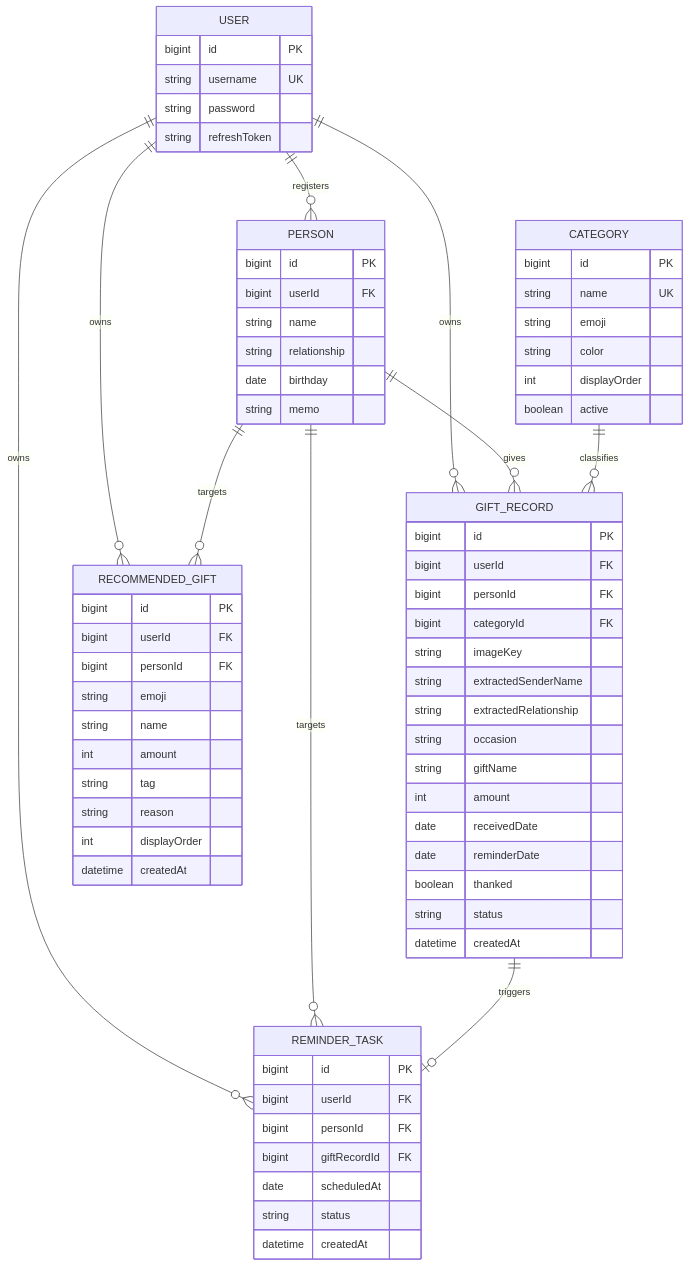
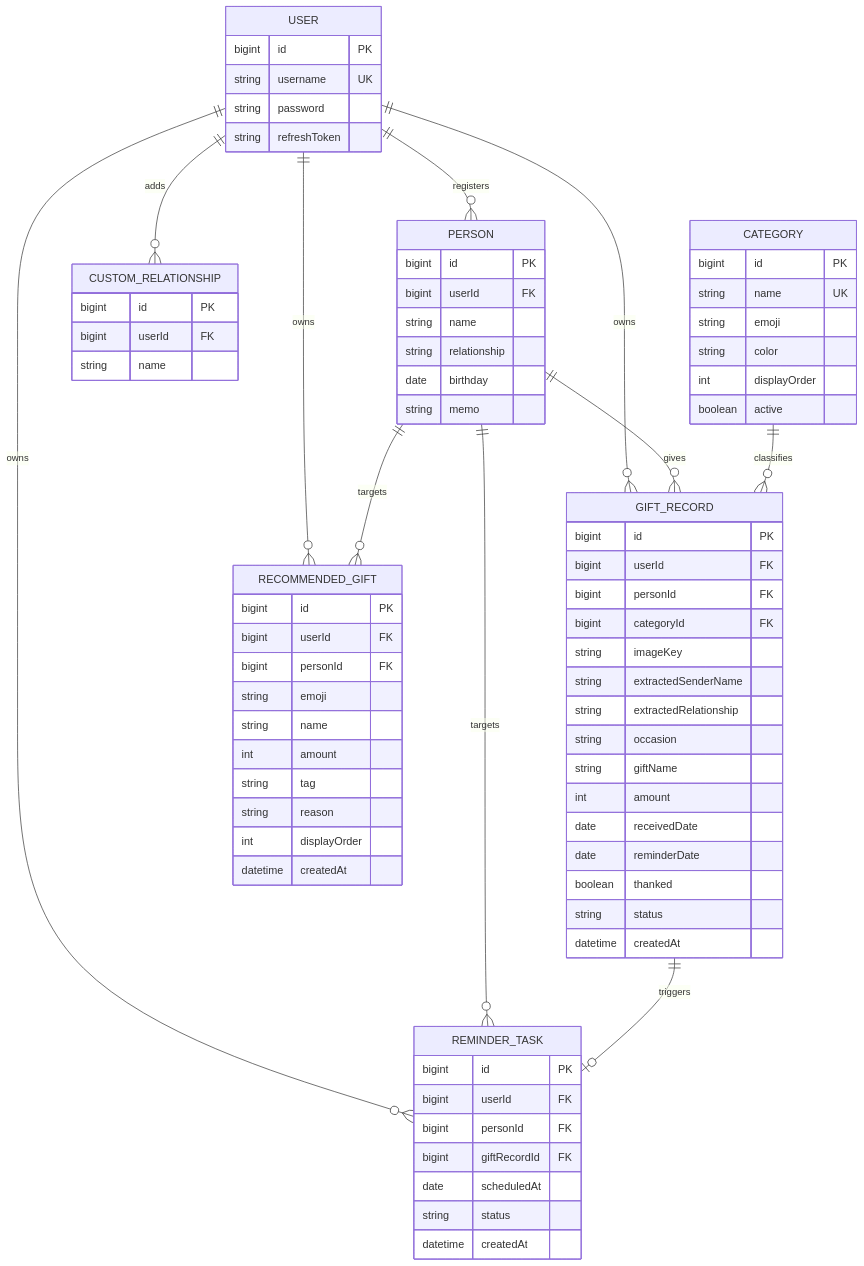
The diagram in BACKEND_PLAN.md (KTB-AI-Hackerton-19/BE), drawn with Mermaid before and after one commit. The commit also changed other lines of this file and 30 other files, not shown here.

```diff
--- a/BACKEND_PLAN.md
+++ b/BACKEND_PLAN.md
@@ -134,6 +134,7 @@
     USER ||--o{ GIFT_RECORD : owns
     USER ||--o{ REMINDER_TASK : owns
     USER ||--o{ RECOMMENDED_GIFT : owns
+    USER ||--o{ CUSTOM_RELATIONSHIP : adds
     PERSON ||--o{ GIFT_RECORD : gives
     PERSON ||--o{ REMINDER_TASK : targets
     PERSON ||--o{ RECOMMENDED_GIFT : targets
@@ -154,6 +155,12 @@
         string relationship
         date birthday
         string memo
+    }
+
+    CUSTOM_RELATIONSHIP {
+        bigint id PK
+        bigint userId FK
+        string name
     }
 
     CATEGORY {
```
